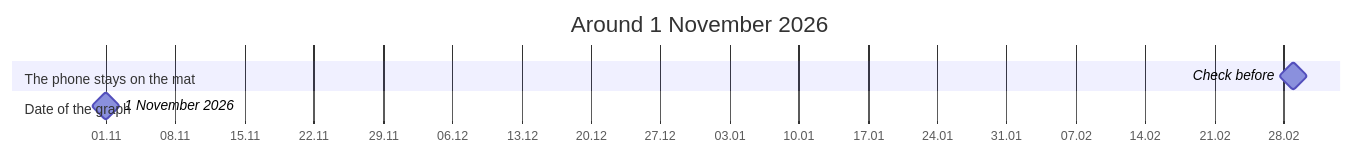
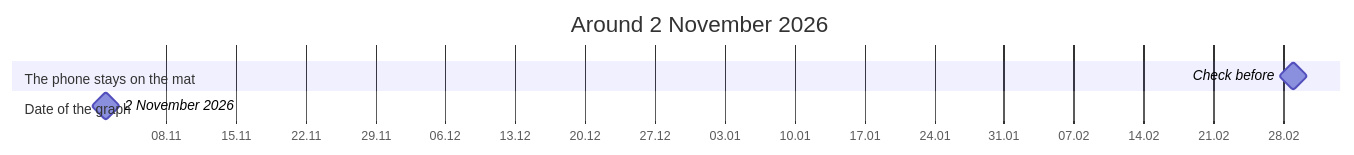
The diagram in apps/poselia/docs/timeline.md (advancedcognitivesystems-ai/trame), drawn with Mermaid before and after one commit. The commit also changed other lines of this file and 63 other files, not shown here.

First line of the commit message:
B1: Poselia references its packages in its graph: g94, std 0.13.0, ci 0.3.0, geometry 0.1.0

````diff
--- a/apps/poselia/docs/timeline.md
+++ b/apps/poselia/docs/timeline.md
@@ -5,10 +5,10 @@
 ```mermaid
 gantt
   dateFormat YYYY-MM-DD
   axisFormat %d.%m
-  title Around 1 November 2026
+  title Around 2 November 2026
   section The phone stays on the mat
     Check before : milestone, 2027-03-01, 0d
   section Date of the graph
-    1 November 2026 : milestone, 2026-11-01, 0d
+    2 November 2026 : milestone, 2026-11-02, 0d
 ```
````
